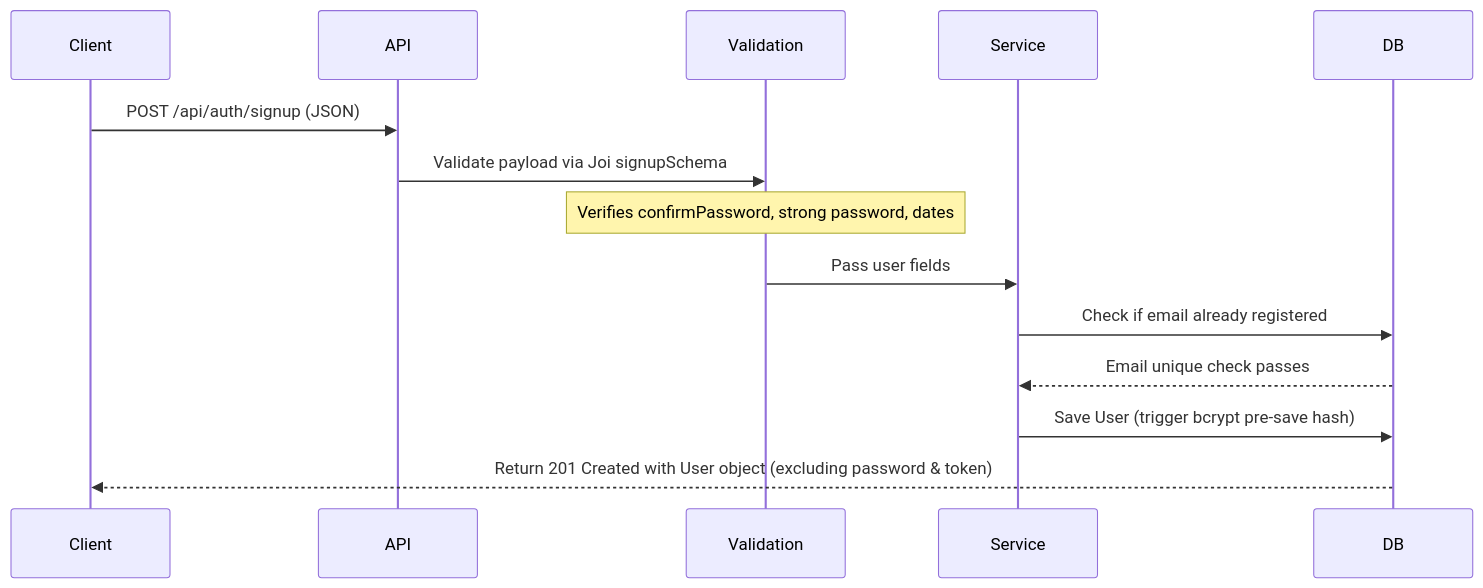
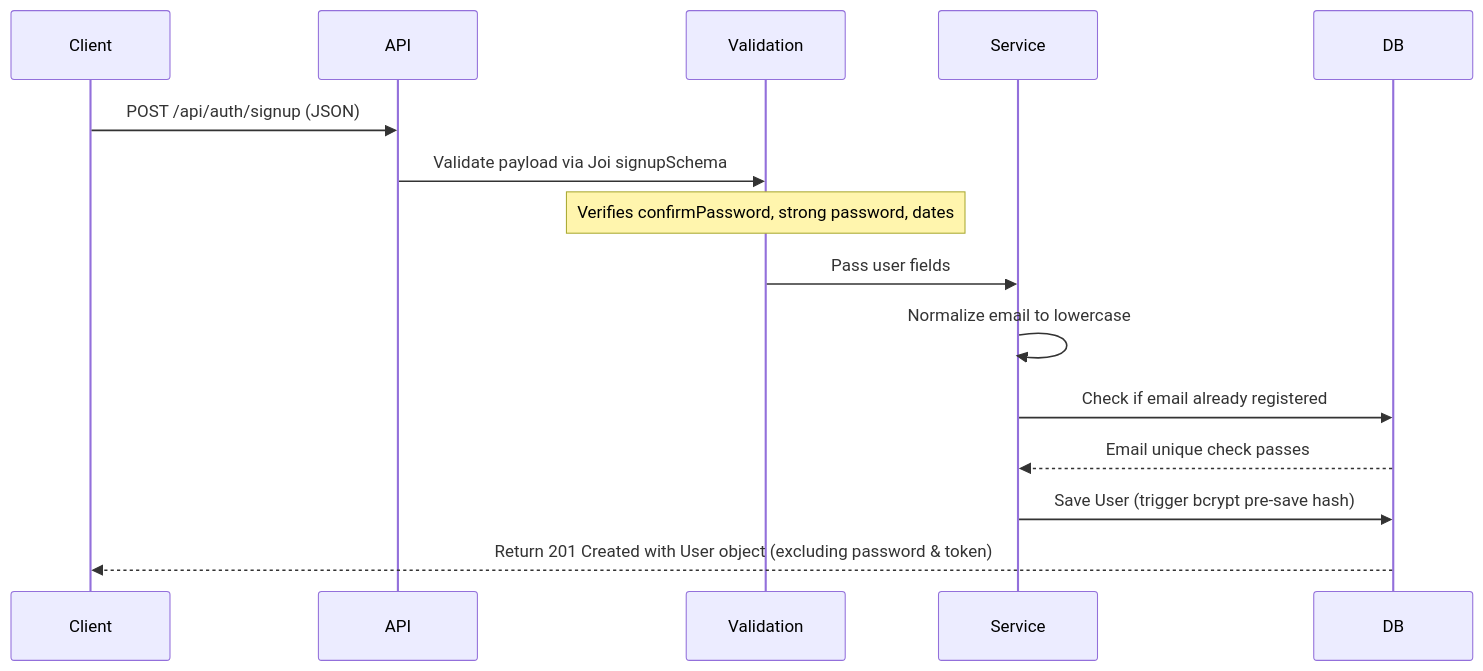
Before and after one commit to MoIbrahim2/SmartSpaceAI: the first of 2 diagrams in back-end/doc/codebase_documentation.md, drawn with Mermaid. The commit also changed other lines of this file and 7 other files, not shown here.

````diff
--- a/back-end/doc/codebase_documentation.md
+++ b/back-end/doc/codebase_documentation.md
@@ -74,11 +74,12 @@
 ```mermaid
 sequenceDiagram
     Client->>API: POST /api/auth/signup (JSON)
     API->>Validation: Validate payload via Joi signupSchema
     Note over Validation: Verifies confirmPassword, strong password, dates
     Validation->>Service: Pass user fields
+    Service->>Service: Normalize email to lowercase
     Service->>DB: Check if email already registered
     DB-->>Service: Email unique check passes
     Service->>DB: Save User (trigger bcrypt pre-save hash)
     DB-->>Client: Return 201 Created with User object (excluding password & token)
 ```
````
